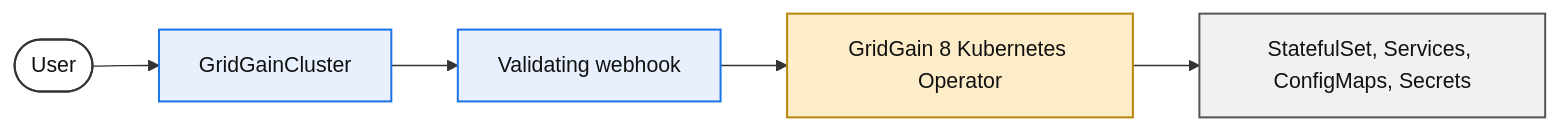
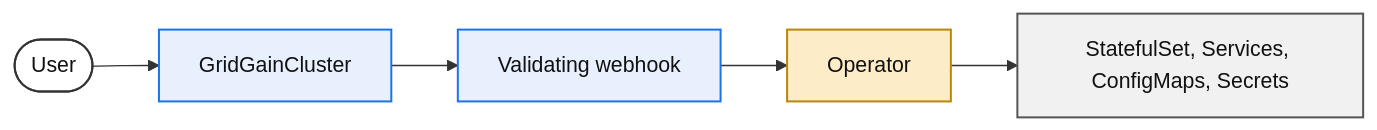
Before and after one commit to mariadb-corporation/mariadb-docs: the diagram in tools/enterprise/gridgain8-operator/introduction.md, drawn with Mermaid. The commit also changed other lines of this file and 18 other files, not shown here.

````diff
--- a/tools/enterprise/gridgain8-operator/introduction.md
+++ b/tools/enterprise/gridgain8-operator/introduction.md
@@ -11,22 +11,22 @@
 ```mermaid
 %%{init: {"themeVariables": {"edgeLabelBackground": "#eef2ff"}}}%%
 flowchart LR
-  accTitle: GridGain 8 Kubernetes Operator reconciliation loop
+  accTitle: MariaDB GridGain 8 Kubernetes Operator reconciliation loop
   accDescr { A user creates a GridGainCluster resource. The operator validates it and reconciles child Kubernetes objects until the current state matches the spec. }
 
   classDef actorStyle fill:#ffffff,stroke:#333333,stroke-width:1.5px,color:#111;
   classDef resourceStyle fill:#e8f0fe,stroke:#1a73e8,stroke-width:1.5px,color:#111;
   classDef operatorStyle fill:#fdecc8,stroke:#b8860b,stroke-width:1.5px,color:#111;
   classDef stateStyle fill:#f1f1f1,stroke:#555555,stroke-width:1.5px,color:#111;
 
   User(["User"]):::actorStyle
   CR["GridGainCluster"]:::resourceStyle
   WH["Validating webhook"]:::resourceStyle
-  Op["GridGain 8 Kubernetes Operator"]:::operatorStyle
+  Op["Operator"]:::operatorStyle
   STS["StatefulSet, Services, ConfigMaps, Secrets"]:::stateStyle
 
   User --> CR
   CR --> WH
   WH --> Op
   Op --> STS
 ```
````
